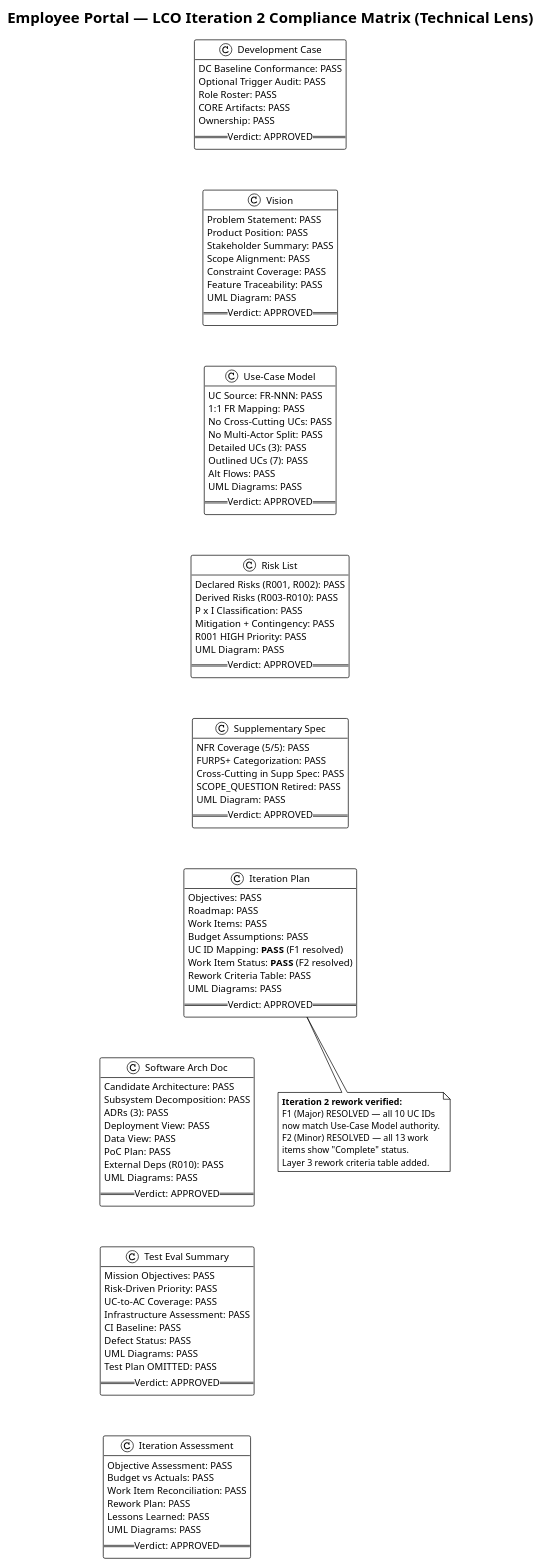
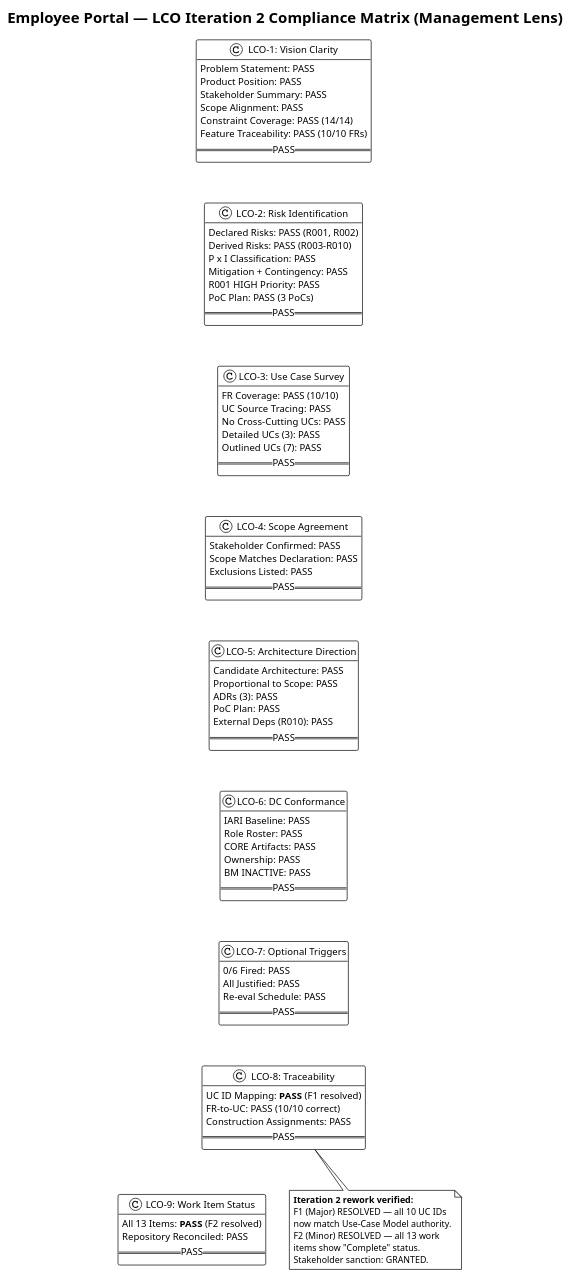
One commit to banense-test/employee-portal changed the first of 5 diagrams in docs/artifacts/project-management/review-record.md. Above: the diagram before and after it, drawn with PlantUML. The commit also changed other lines of this file, not shown here.

First line of the commit message:
Management Reviewer [I2]: upsert Review Record

````diff
--- a/docs/artifacts/project-management/review-record.md
+++ b/docs/artifacts/project-management/review-record.md
@@ -136,121 +92,98 @@
 ```plantuml
 @startuml
 !theme plain
-title Employee Portal — LCO Iteration 2 Compliance Matrix (Technical Lens)
+title Employee Portal — LCO Iteration 2 Compliance Matrix (Management Lens)
 
-class "Development Case" as DC {
-  DC Baseline Conformance: PASS
-  Optional Trigger Audit: PASS
-  Role Roster: PASS
-  CORE Artifacts: PASS
-  Ownership: PASS
-  == Verdict: APPROVED ==
-}
-
-class "Vision" as VIS {
+class "LCO-1: Vision Clarity" as LCO1 {
   Problem Statement: PASS
   Product Position: PASS
   Stakeholder Summary: PASS
   Scope Alignment: PASS
-  Constraint Coverage: PASS
-  Feature Traceability: PASS
-  UML Diagram: PASS
-  == Verdict: APPROVED ==
+  Constraint Coverage: PASS (14/14)
+  Feature Traceability: PASS (10/10 FRs)
+  == PASS ==
 }
 
-class "Use-Case Model" as UCM {
-  UC Source: FR-NNN: PASS
-  1:1 FR Mapping: PASS
-  No Cross-Cutting UCs: PASS
-  No Multi-Actor Split: PASS
-  Detailed UCs (3): PASS
-  Outlined UCs (7): PASS
-  Alt Flows: PASS
-  UML Diagrams: PASS
-  == Verdict: APPROVED ==
-}
-
-class "Risk List" as RSK {
-  Declared Risks (R001, R002): PASS
-  Derived Risks (R003-R010): PASS
+class "LCO-2: Risk Identification" as LCO2 {
+  Declared Risks: PASS (R001, R002)
+  Derived Risks: PASS (R003-R010)
   P x I Classification: PASS
   Mitigation + Contingency: PASS
   R001 HIGH Priority: PASS
-  UML Diagram: PASS
-  == Verdict: APPROVED ==
+  PoC Plan: PASS (3 PoCs)
+  == PASS ==
 }
 
-class "Supplementary Spec" as SUP {
-  NFR Coverage (5/5): PASS
-  FURPS+ Categorization: PASS
-  Cross-Cutting in Supp Spec: PASS
-  SCOPE_QUESTION Retired: PASS
-  UML Diagram: PASS
-  == Verdict: APPROVED ==
+class "LCO-3: Use Case Survey" as LCO3 {
+  FR Coverage: PASS (10/10)
+  UC Source Tracing: PASS
+  No Cross-Cutting UCs: PASS
+  Detailed UCs (3): PASS
+  Outlined UCs (7): PASS
+  == PASS ==
 }
 
-class "Iteration Plan" as ITP {
-  Objectives: PASS
-  Roadmap: PASS
-  Work Items: PASS
-  Budget Assumptions: PASS
-  UC ID Mapping: **PASS** (F1 resolved)
-  Work Item Status: **PASS** (F2 resolved)
-  Rework Criteria Table: PASS
-  UML Diagrams: PASS
-  == Verdict: APPROVED ==
+class "LCO-4: Scope Agreement" as LCO4 {
+  Stakeholder Confirmed: PASS
+  Scope Matches Declaration: PASS
+  Exclusions Listed: PASS
+  == PASS ==
 }
 
-class "Software Arch Doc" as SAD {
+class "LCO-5: Architecture Direction" as LCO5 {
   Candidate Architecture: PASS
-  Subsystem Decomposition: PASS
+  Proportional to Scope: PASS
   ADRs (3): PASS
-  Deployment View: PASS
-  Data View: PASS
   PoC Plan: PASS
   External Deps (R010): PASS
-  UML Diagrams: PASS
-  == Verdict: APPROVED ==
+  == PASS ==
 }
 
-class "Test Eval Summary" as TES {
-  Mission Objectives: PASS
-  Risk-Driven Priority: PASS
-  UC-to-AC Coverage: PASS
-  Infrastructure Assessment: PASS
-  CI Baseline: PASS
-  Defect Status: PASS
-  UML Diagrams: PASS
-  Test Plan OMITTED: PASS
-  == Verdict: APPROVED ==
+class "LCO-6: DC Conformance" as LCO6 {
+  IARI Baseline: PASS
+  Role Roster: PASS
+  CORE Artifacts: PASS
+  Ownership: PASS
+  BM INACTIVE: PASS
+  == PASS ==
 }
 
-class "Iteration Assessment" as IA {
-  Objective Assessment: PASS
-  Budget vs Actuals: PASS
-  Work Item Reconciliation: PASS
-  Rework Plan: PASS
-  Lessons Learned: PASS
-  UML Diagrams: PASS
-  == Verdict: APPROVED ==
+class "LCO-7: Optional Triggers" as LCO7 {
+  0/6 Fired: PASS
+  All Justified: PASS
+  Re-eval Schedule: PASS
+  == PASS ==
 }
 
-DC -[hidden]-> VIS
-VIS -[hidden]-> UCM
-UCM -[hidden]-> RSK
-RSK -[hidden]-> SUP
-SUP -[hidden]-> ITP
-ITP -[hidden]-> SAD
-SAD -[hidden]-> TES
-TES -[hidden]-> IA
+class "LCO-8: Traceability" as LCO8 {
+  UC ID Mapping: **PASS** (F1 resolved)
+  FR-to-UC: PASS (10/10 correct)
+  Construction Assignments: PASS
+  == PASS ==
+}
 
-note bottom of ITP
+class "LCO-9: Work Item Status" as LCO9 {
+  All 13 Items: **PASS** (F2 resolved)
+  Repository Reconciled: PASS
+  == PASS ==
+}
+
+LCO1 -[hidden]-> LCO2
+LCO2 -[hidden]-> LCO3
+LCO3 -[hidden]-> LCO4
+LCO4 -[hidden]-> LCO5
+LCO5 -[hidden]-> LCO6
+LCO6 -[hidden]-> LCO7
+LCO7 -[hidden]-> LCO8
+LCO8 -[hidden]-> LCO9
+
+note bottom of LCO8
   **Iteration 2 rework verified:**
   F1 (Major) RESOLVED — all 10 UC IDs
   now match Use-Case Model authority.
   F2 (Minor) RESOLVED — all 13 work
   items show "Complete" status.
-  Layer 3 rework criteria table added.
+  Stakeholder sanction: GRANTED.
 end note
 
 @enduml
````
